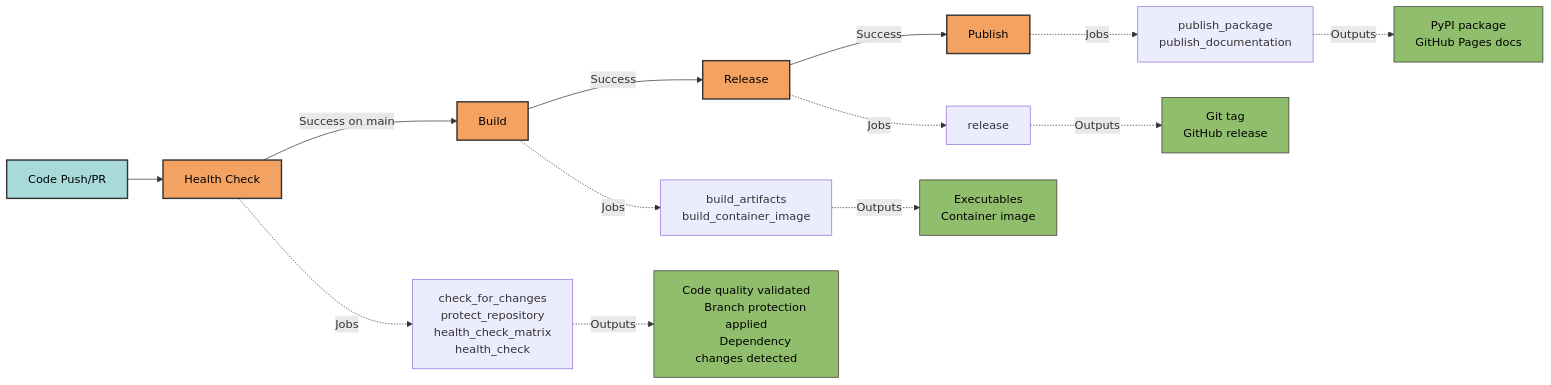
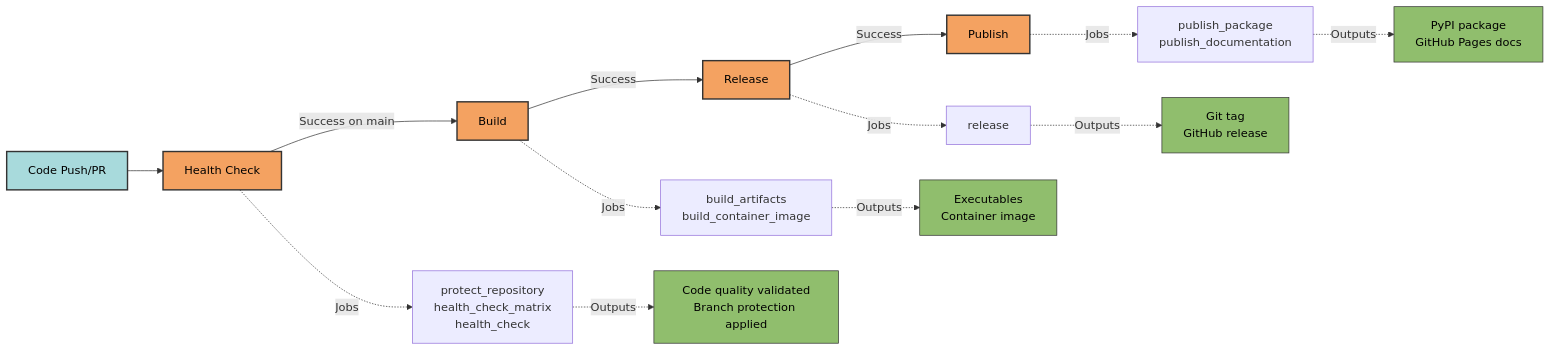
Before and after one commit to Winipedia/pyrig: the third of 4 diagrams in docs/configs/workflows/architecture.md, drawn with Mermaid. The commit also changed other lines of this file and 6 other files, not shown here.

````diff
--- a/docs/configs/workflows/architecture.md
+++ b/docs/configs/workflows/architecture.md
@@ -117,36 +117,27 @@
 ```mermaid
 graph LR
     A[Code Push/PR] --> B[Health Check]
     B -->|Success on main| C[Build]
     C -->|Success| D[Release]
     D -->|Success| E[Publish]
 
-    B -.->|Jobs| B1[
-      check_for_changes
-      protect_repository
-      health_check_matrix
-      health_check
-    ]
+    B -.->|Jobs| B1[protect_repository<br/>health_check_matrix<br/>health_check]
     C -.->|Jobs| C1[build_artifacts<br/>build_container_image]
     D -.->|Jobs| D1[release]
     E -.->|Jobs| E1[publish_package<br/>publish_documentation]
 
-    B1 -.->|Outputs| B2[
-      Code quality validated
-      Branch protection applied
-      Dependency changes detected
-    ]
+    B1 -.->|Outputs| B2[Code quality validated<br/>Branch protection applied]
     C1 -.->|Outputs| C2[Executables<br/>Container image]
     D1 -.->|Outputs| D2[Git tag<br/>GitHub release]
     E1 -.->|Outputs| E2[PyPI package<br/>GitHub Pages docs]
 
     style A fill:#a8dadc,stroke:#333,stroke-width:2px,color:#000
     style B fill:#f4a261,stroke:#333,stroke-width:2px,color:#000
     style C fill:#f4a261,stroke:#333,stroke-width:2px,color:#000
     style D fill:#f4a261,stroke:#333,stroke-width:2px,color:#000
     style E fill:#f4a261,stroke:#333,stroke-width:2px,color:#000
     style B2 fill:#90be6d,stroke:#333,stroke-width:1px,color:#000
     style C2 fill:#90be6d,stroke:#333,stroke-width:1px,color:#000
     style D2 fill:#90be6d,stroke:#333,stroke-width:1px,color:#000
     style E2 fill:#90be6d,stroke:#333,stroke-width:1px,color:#000
 ```
````
